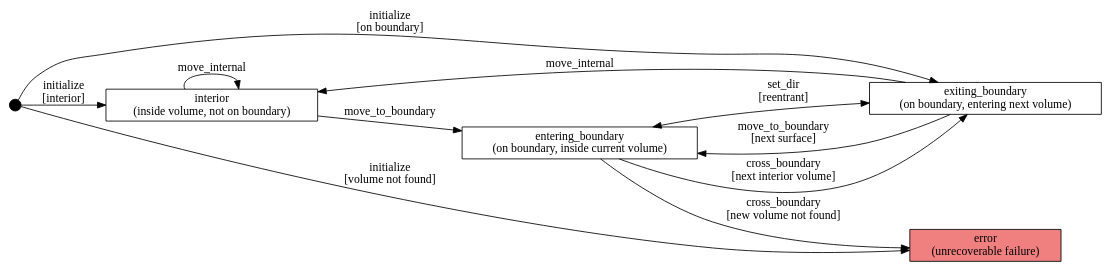
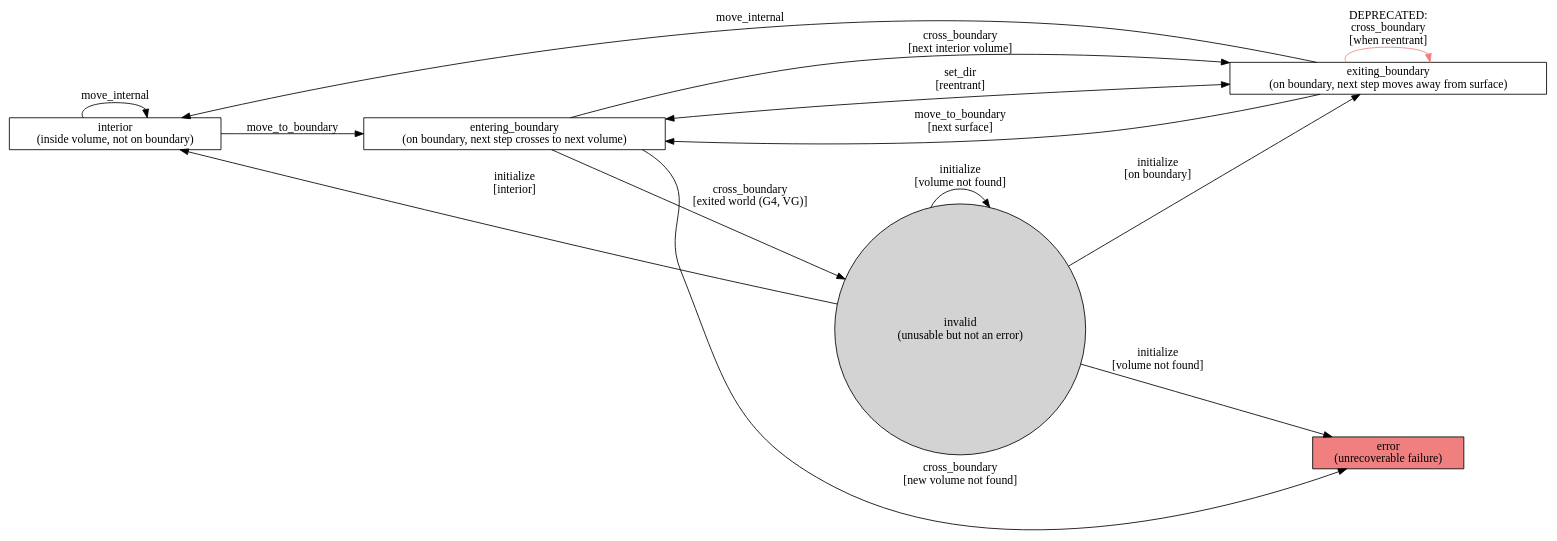
The diagram in doc/_input/geo-status.dot (celeritas-project/celeritas), drawn with Graphviz before and after one commit. The commit also changed 9 other files, not shown here.

```diff
--- a/doc/_input/geo-status.dot
+++ b/doc/_input/geo-status.dot
@@ -1,32 +1,33 @@
 digraph GeoStatus {
   graph [rankdir=LR];
   node [shape=box];
 
   // States
   "interior"            [label="interior\n(inside volume, not on boundary)"];
-  "exiting_boundary"    [label="exiting_boundary\n(on boundary, entering next volume)"];
-  "entering_boundary"   [label="entering_boundary\n(on boundary, inside current volume)"];
+  "exiting_boundary"    [label="exiting_boundary\n(on boundary, next step moves away from surface)"];
+  "entering_boundary"   [label="entering_boundary\n(on boundary, next step crosses to next volume)"];
   "error"               [label="error\n(unrecoverable failure)", style=filled, fillcolor=lightcoral];
+  "invalid"             [label="invalid\n(unusable but not an error)", style=filled, shape=circle];
 
-  // Special start and terminal nodes
-  "uninitialized" [label="", shape=circle, style=filled, fillcolor=black, width=0.2];
-
-  // From uninitialized: operator= places track in geometry
-  "uninitialized" -> "interior"  [label="initialize\n[interior]"];
-  "uninitialized" -> "exiting_boundary"  [label="initialize\n[on boundary]"];
-  "uninitialized" -> "error"             [label="initialize\n[volume not found]"];
+  // From invalid: operator= places track in geometry
+  "invalid" -> "interior"  [label="initialize\n[interior]"];
+  "invalid" -> "exiting_boundary"  [label="initialize\n[on boundary]"];
+  "invalid" -> "error"             [label="initialize\n[volume not found]"];
+  "invalid" -> "invalid"           [label="initialize\n[volume not found]"];
 
   // From interior: propagation
   "interior" -> "entering_boundary"  [label="move_to_boundary"];
   "interior" -> "interior"           [label="move_internal"];
 
   // From exiting_boundary: normal tracking
   "exiting_boundary" -> "interior"           [label="move_internal"];
   "exiting_boundary" -> "entering_boundary"  [label="set_dir\n[reentrant]", dir="both"];
   "exiting_boundary" -> "entering_boundary"  [label="move_to_boundary\n[next surface]"];
-  // TODO: prohibit "exiting_boundary" -> "exiting_boundary"   [label="cross_boundary\n[when reentrant]"];
+  // DEPRECATED: should be handled by skipping geo crossing
+ "exiting_boundary" -> "exiting_boundary"   [label="DEPRECATED:\ncross_boundary\n[when reentrant]", color=lightcoral];
 
   // Crossing the surface
   "entering_boundary" -> "exiting_boundary"  [label="cross_boundary\n[next interior volume]"];
   "entering_boundary" -> "error"             [label="cross_boundary\n[new volume not found]"];
+  "entering_boundary" -> "invalid"           [label="cross_boundary\n[exited world (G4, VG)]"];
 }
```
